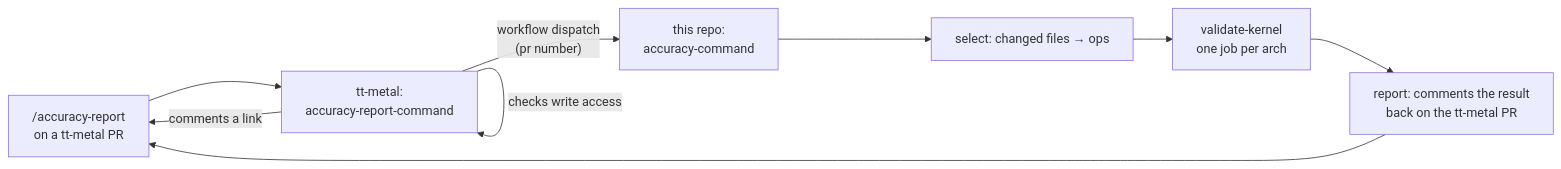
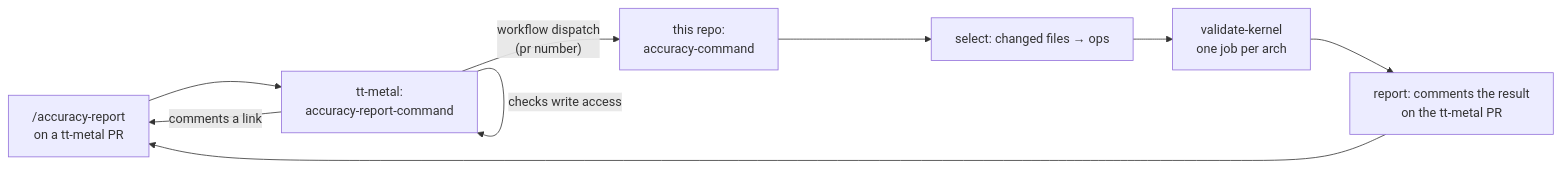
The diagram in docs/pr-command.md (tenstorrent/tt-eltwise-accuracy-report), drawn with Mermaid before and after one commit. The commit also changed other lines of this file and 3 other files, not shown here.

````diff
--- a/docs/pr-command.md
+++ b/docs/pr-command.md
@@ -9,11 +9,11 @@
 ```mermaid
 flowchart LR
     C["/accuracy-report<br/>on a tt-metal PR"] --> T["tt-metal:<br/>accuracy-report-command"]
     T -->|checks write access| T
     T -->|"workflow dispatch<br/>(pr number)"| O["this repo:<br/>accuracy-command"]
     T -->|"comments a link"| C
     O --> S["select: changed files → ops"]
     S --> V["validate-kernel<br/>one job per arch"]
-    V --> R["report: comments the result<br/>back on the tt-metal PR"]
+    V --> R["report: comments the result<br/>on the tt-metal PR"]
     R --> C
 ```
````
